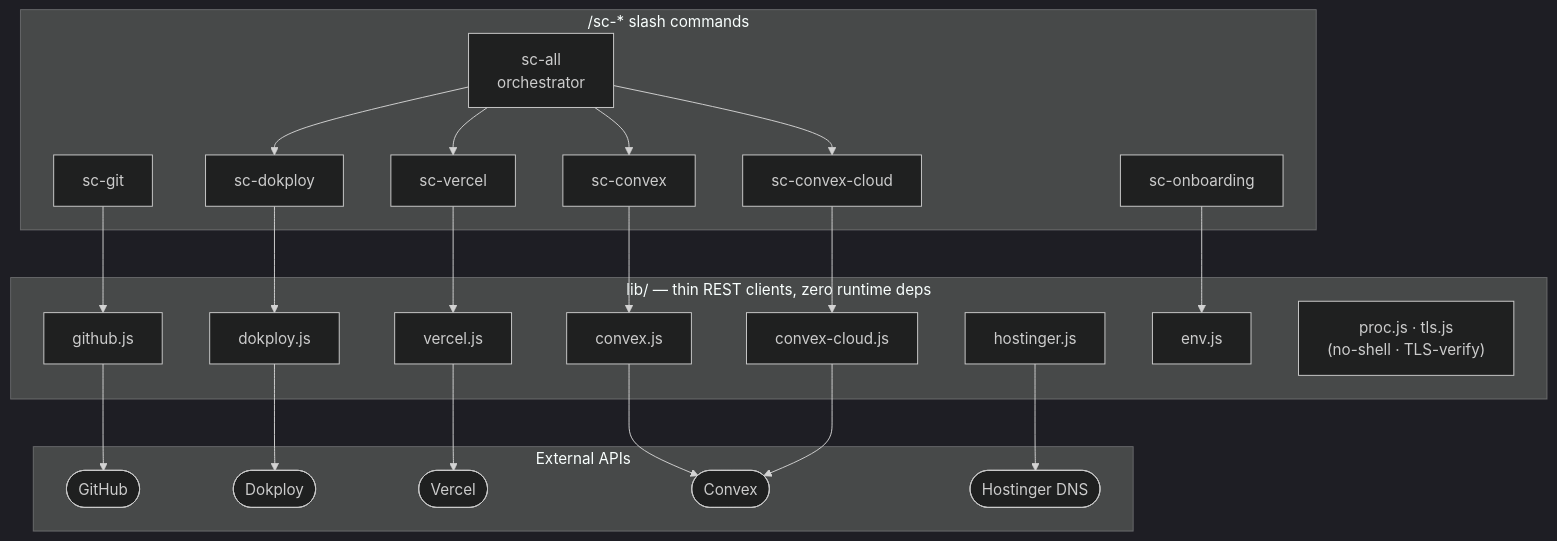
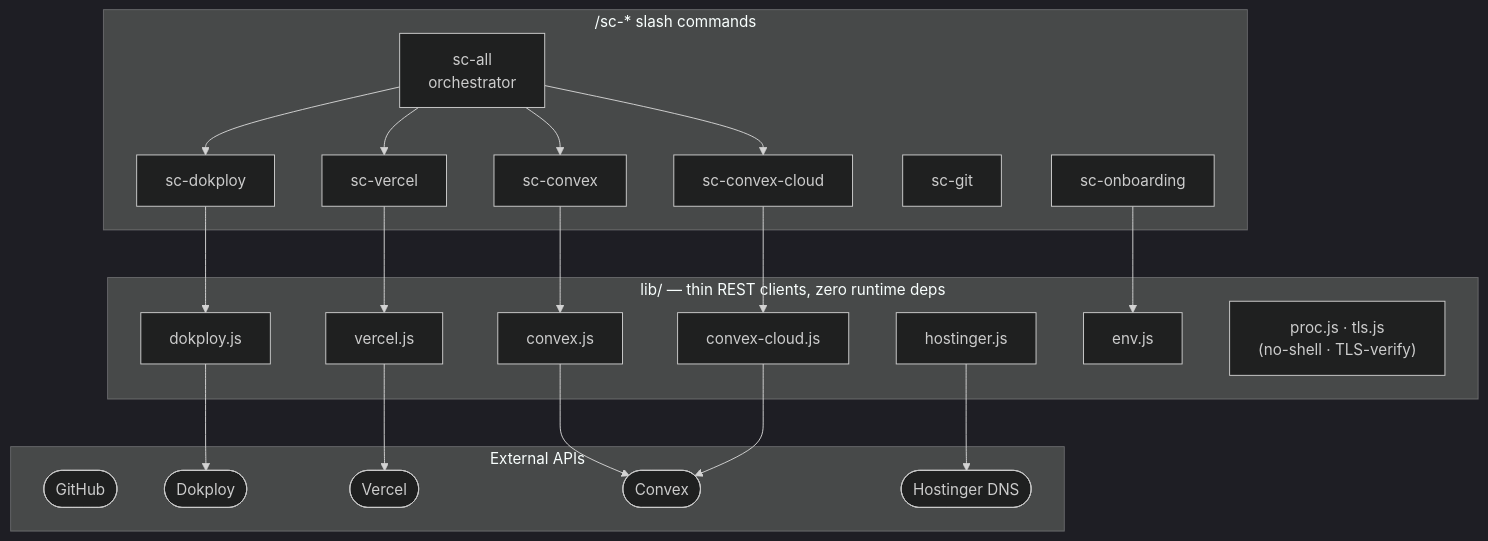
The second of 2 diagrams in README.md (rahmanef63/si-coder-agent), drawn with Mermaid (dark theme) before and after one commit. The commit also changed other lines of this file and 22 other files, not shown here.

````diff
--- a/README.md
+++ b/README.md
@@ -113,45 +113,42 @@
 ```mermaid
 flowchart TB
     subgraph cmds["/sc-* slash commands"]
         all["sc-all<br/>orchestrator"]
         dok["sc-dokploy"]
         cvx["sc-convex"]
         cc["sc-convex-cloud"]
         vrc["sc-vercel"]
         git["sc-git"]
         onb["sc-onboarding"]
     end
     all --> dok
     all --> cvx
     all --> cc
     all --> vrc
     subgraph libs["lib/ — thin REST clients, zero runtime deps"]
         ld["dokploy.js"]
-        lg["github.js"]
         lcx["convex.js"]
         lcc["convex-cloud.js"]
         lv["vercel.js"]
         lh["hostinger.js"]
         le["env.js"]
         guard["proc.js · tls.js<br/>(no-shell · TLS-verify)"]
     end
     dok --> ld
     cvx --> lcx
     cc --> lcc
     vrc --> lv
-    git --> lg
     onb --> le
     subgraph ext["External APIs"]
         eGh(["GitHub"])
         eDok(["Dokploy"])
         eVrc(["Vercel"])
         eCvx(["Convex"])
         eHost(["Hostinger DNS"])
     end
     ld --> eDok
-    lg --> eGh
     lv --> eVrc
     lcx --> eCvx
     lcc --> eCvx
     lh --> eHost
 ```
````
